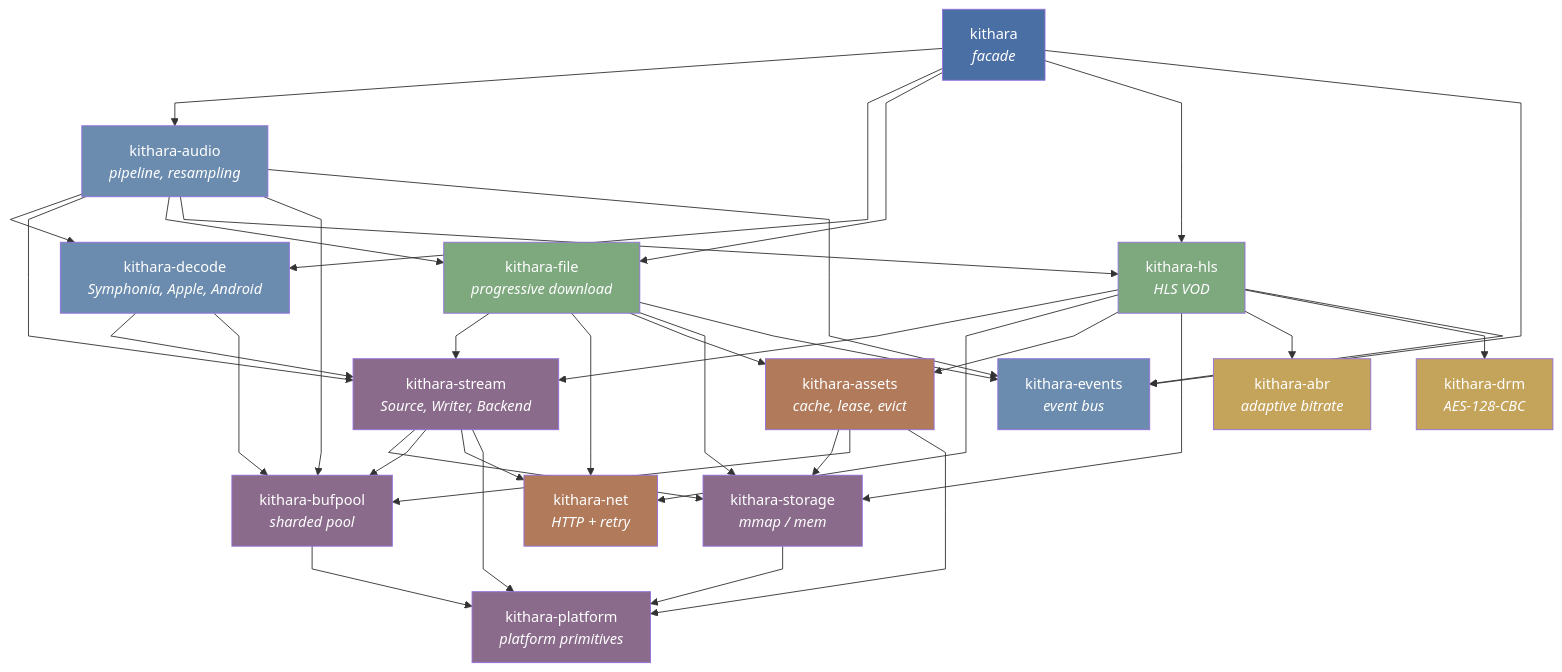
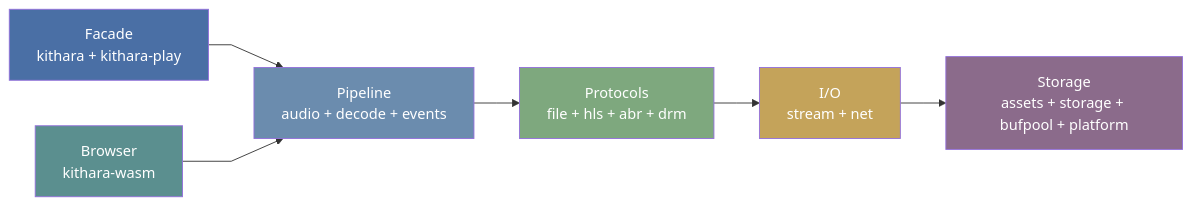
Before and after one commit to zvuk/kithara: the diagram in README.md, drawn with Mermaid. The commit also changed other lines of this file and 208 other files, not shown here.

````diff
--- a/README.md
+++ b/README.md
@@ -40,75 +40,20 @@
 ```mermaid
 %%{init: {"flowchart": {"curve": "linear"}} }%%
-graph TD
-    kithara["kithara<br/><i>facade</i>"]
-    audio["kithara-audio<br/><i>pipeline, resampling</i>"]
-    decode["kithara-decode<br/><i>Symphonia, Apple, Android</i>"]
-    file["kithara-file<br/><i>progressive download</i>"]
-    hls["kithara-hls<br/><i>HLS VOD</i>"]
-    abr["kithara-abr<br/><i>adaptive bitrate</i>"]
-    drm["kithara-drm<br/><i>AES-128-CBC</i>"]
-    net["kithara-net<br/><i>HTTP + retry</i>"]
-    assets["kithara-assets<br/><i>cache, lease, evict</i>"]
-    stream["kithara-stream<br/><i>Source, Writer, Backend</i>"]
-    storage["kithara-storage<br/><i>mmap / mem</i>"]
-    bufpool["kithara-bufpool<br/><i>sharded pool</i>"]
-    events["kithara-events<br/><i>event bus</i>"]
-    platform["kithara-platform<br/><i>platform primitives</i>"]
+flowchart LR
+    facade["Facade<br/>kithara + kithara-play"]
+    pipeline["Pipeline<br/>audio + decode + events"]
+    protocols["Protocols<br/>file + hls + abr + drm"]
+    io["I/O<br/>stream + net"]
+    storage["Storage<br/>assets + storage + bufpool + platform"]
+    wasm["Browser<br/>kithara-wasm"]
 
-    kithara --> audio
-    kithara --> decode
-    kithara --> file
-    kithara --> hls
-    kithara --> events
+    facade --> pipeline --> protocols --> io --> storage
+    wasm --> pipeline
 
-    audio --> decode
-    audio --> stream
-    audio --> file
-    audio --> hls
-    audio --> bufpool
-    audio --> events
-
-    decode --> stream
-    decode --> bufpool
-
-    file --> stream
-    file --> net
-    file --> assets
-    file --> storage
-    file --> events
-
-    hls --> stream
-    hls --> net
-    hls --> assets
-    hls --> storage
-    hls --> abr
-    hls --> drm
-    hls --> events
-
-    assets --> storage
-    assets --> bufpool
-    assets --> platform
-
-    stream --> storage
-    stream --> bufpool
-    stream --> net
-    stream --> platform
-
-    bufpool --> platform
-    storage --> platform
-
-    style kithara fill:#4a6fa5,color:#fff
-    style audio fill:#6b8cae,color:#fff
-    style decode fill:#6b8cae,color:#fff
-    style file fill:#7ea87e,color:#fff
-    style hls fill:#7ea87e,color:#fff
-    style abr fill:#c4a35a,color:#fff
-    style drm fill:#c4a35a,color:#fff
-    style net fill:#b07a5b,color:#fff
-    style assets fill:#b07a5b,color:#fff
-    style stream fill:#8b6b8b,color:#fff
+    style facade fill:#4a6fa5,color:#fff
+    style pipeline fill:#6b8cae,color:#fff
+    style protocols fill:#7ea87e,color:#fff
+    style io fill:#c4a35a,color:#fff
     style storage fill:#8b6b8b,color:#fff
-    style bufpool fill:#8b6b8b,color:#fff
-    style events fill:#6b8cae,color:#fff
-    style platform fill:#8b6b8b,color:#fff
+    style wasm fill:#5b8f8f,color:#fff
 ```
````
